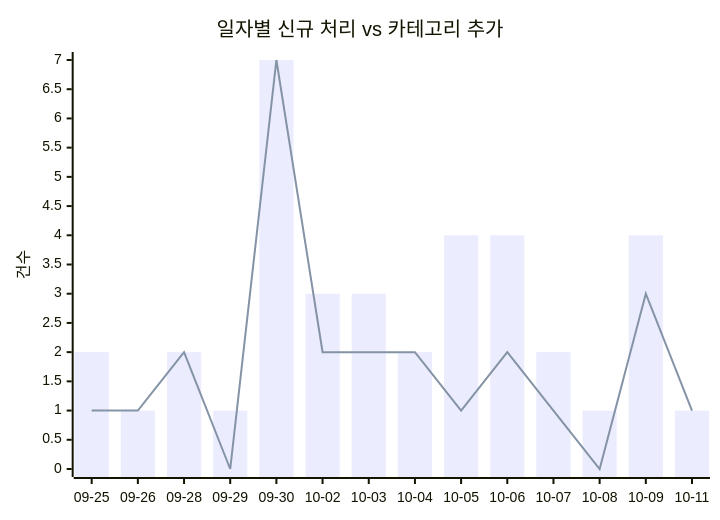
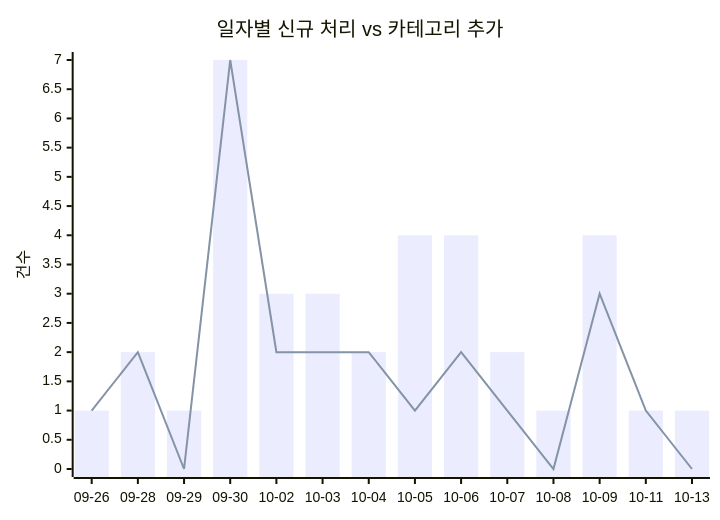
Before and after one commit to J-nowcow/awesome-korean-agent-skills: the first of 2 diagrams in docs/trends.md, drawn with Mermaid. The commit also changed other lines of this file and 27 other files, not shown here.

````diff
--- a/docs/trends.md
+++ b/docs/trends.md
@@ -32,8 +32,8 @@
 ```mermaid
 xychart-beta
     title "일자별 신규 처리 vs 카테고리 추가"
-    x-axis ["09-25","09-26","09-28","09-29","09-30","10-02","10-03","10-04","10-05","10-06","10-07","10-08","10-09","10-11"]
+    x-axis ["09-26","09-28","09-29","09-30","10-02","10-03","10-04","10-05","10-06","10-07","10-08","10-09","10-11","10-13"]
     y-axis "건수"
-    bar [2,1,2,1,7,3,3,2,4,4,2,1,4,1]
-    line [1,1,2,0,7,2,2,2,1,2,1,0,3,1]
+    bar [1,2,1,7,3,3,2,4,4,2,1,4,1,1]
+    line [1,2,0,7,2,2,2,1,2,1,0,3,1,0]
 ```
````
